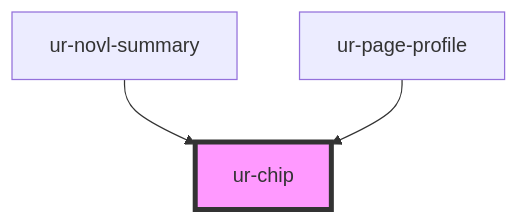
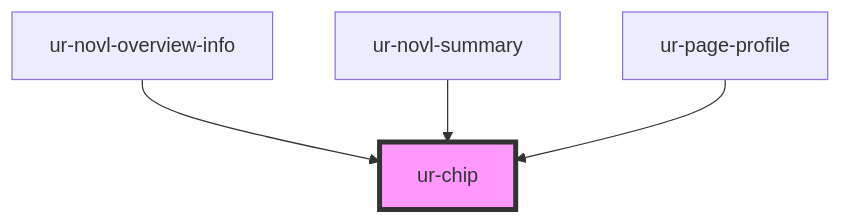
The diagram in src/components/ur-chip/readme.md (hellish/urnovl-web-components), drawn with Mermaid before and after one commit. The commit also changed other lines of this file and 17 other files, not shown here.

````diff
--- a/src/components/ur-chip/readme.md
+++ b/src/components/ur-chip/readme.md
@@ -32,6 +33,7 @@
 ```mermaid
 graph TD;
+  ur-novl-overview-info --> ur-chip
   ur-novl-summary --> ur-chip
   ur-page-profile --> ur-chip
   style ur-chip fill:#f9f,stroke:#333,stroke-width:4px
 ```
````
